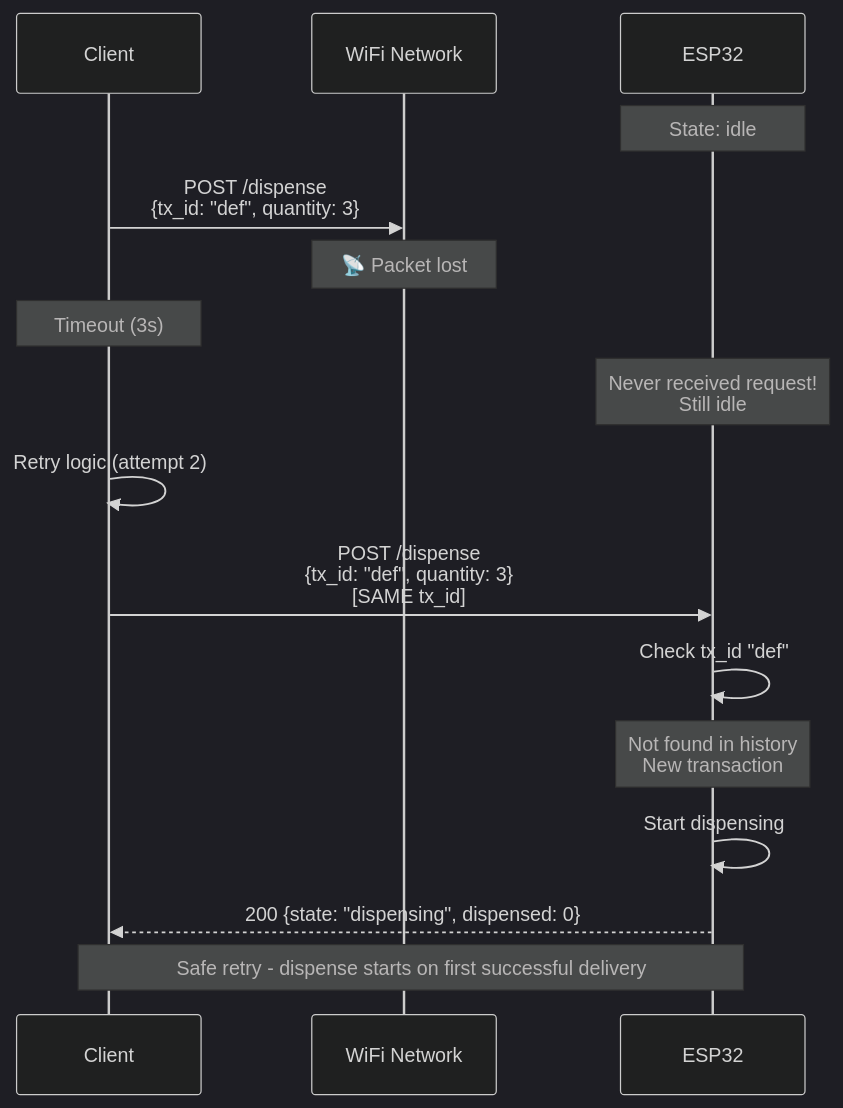
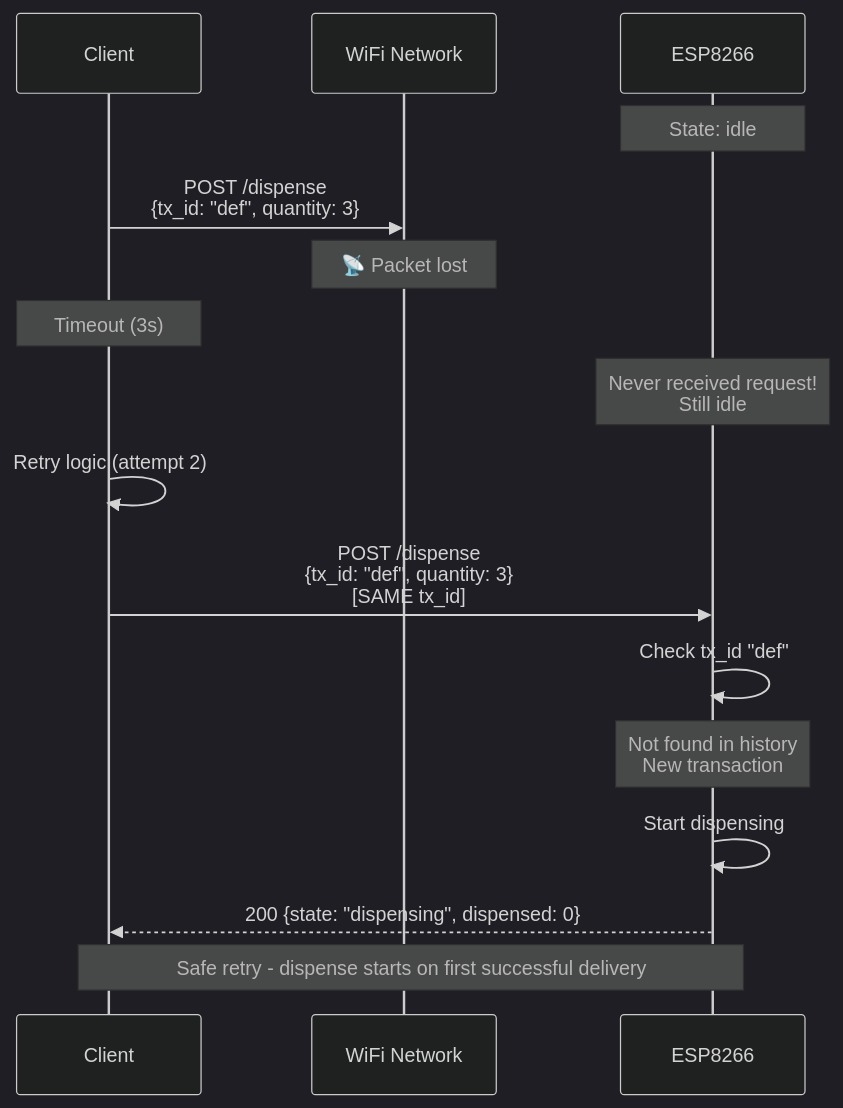
Before and after one commit to dgloeckner/remote-token-dispenser: diagram 14 of 26 in ARCHITECTURE.md, drawn with Mermaid (dark theme). The commit also changed other lines of this file and 21 other files, not shown here.

````diff
--- a/ARCHITECTURE.md
+++ b/ARCHITECTURE.md
@@ -712,26 +712,26 @@
 ```mermaid
 sequenceDiagram
     participant Client
     participant Network as WiFi Network
-    participant ESP32
+    participant ESP8266
 
-    Note over ESP32: State: idle
+    Note over ESP8266: State: idle
 
     Client->>Network: POST /dispense<br/>{tx_id: "def", quantity: 3}
 
     Note over Network: 📡 Packet lost
 
     Note over Client: Timeout (3s)
-    Note over ESP32: Never received request!<br/>Still idle
+    Note over ESP8266: Never received request!<br/>Still idle
 
     Client->>Client: Retry logic (attempt 2)
-    Client->>ESP32: POST /dispense<br/>{tx_id: "def", quantity: 3}<br/>[SAME tx_id]
+    Client->>ESP8266: POST /dispense<br/>{tx_id: "def", quantity: 3}<br/>[SAME tx_id]
 
-    ESP32->>ESP32: Check tx_id "def"
-    Note over ESP32: Not found in history<br/>New transaction
+    ESP8266->>ESP8266: Check tx_id "def"
+    Note over ESP8266: Not found in history<br/>New transaction
 
-    ESP32->>ESP32: Start dispensing
-    ESP32-->>Client: 200 {state: "dispensing", dispensed: 0}
+    ESP8266->>ESP8266: Start dispensing
+    ESP8266-->>Client: 200 {state: "dispensing", dispensed: 0}
 
-    Note over Client,ESP32: Safe retry - dispense starts on first successful delivery
+    Note over Client,ESP8266: Safe retry - dispense starts on first successful delivery
 ```
````
